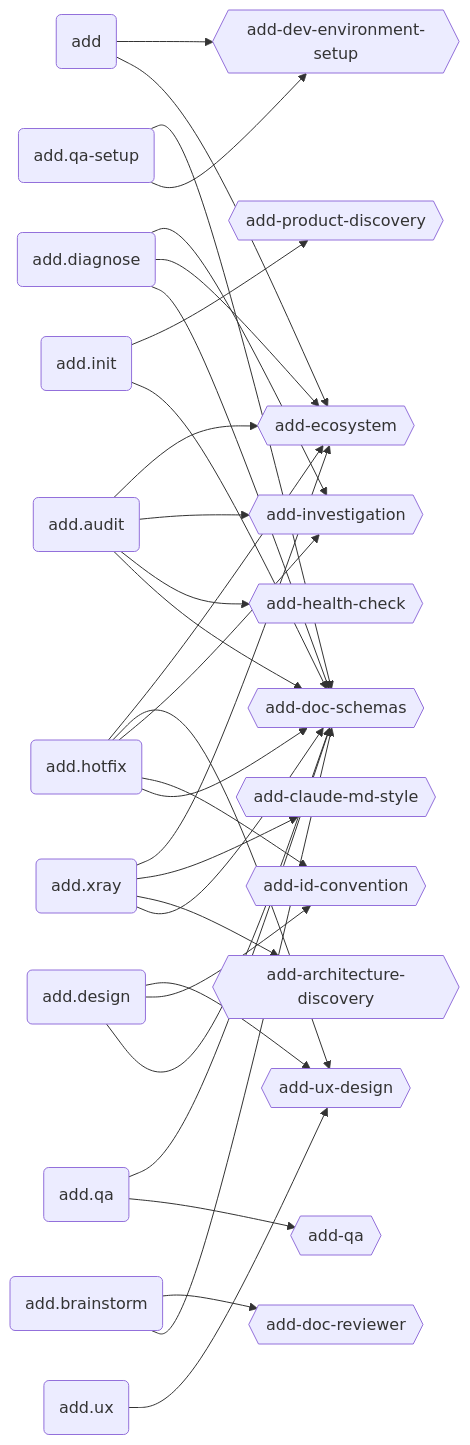
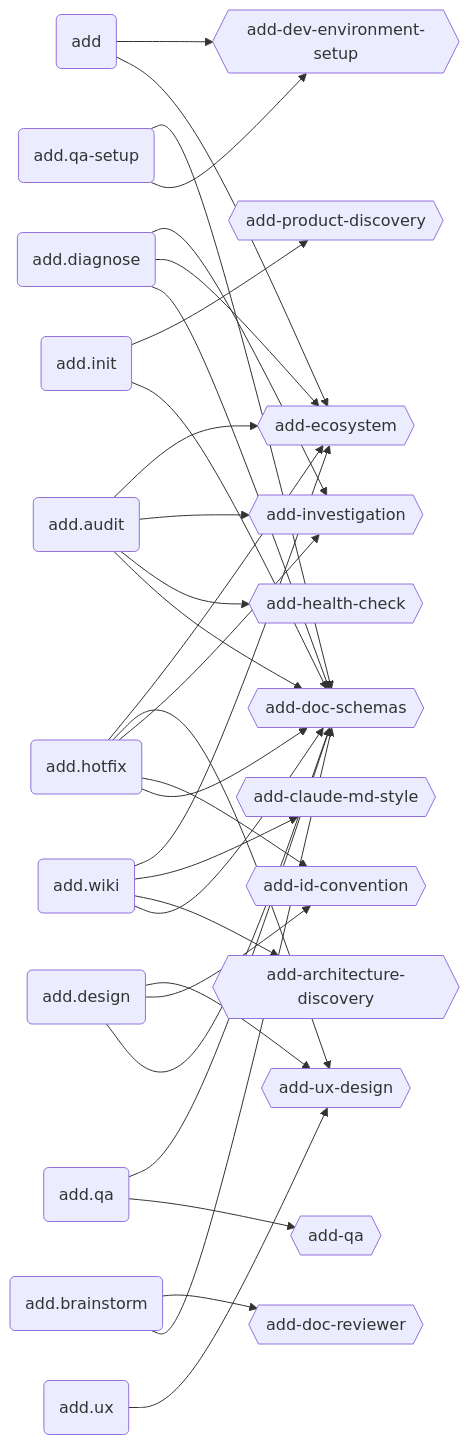
Before and after one commit to brabos-ai/code-addiction: the second of 4 diagrams in ecosystem.md, drawn with Mermaid. The commit also changed 37 other files, not shown here.

First line of the commit message:
refactor: rename add.xray to add.wiki, add knowledge-base discovery skills

````diff
--- a/ecosystem.md
+++ b/ecosystem.md
@@ -57,39 +57,39 @@
 ```mermaid
 graph LR
   ADD(add)
   INIT(add.init)
   DESIGN(add.design)
   DIAGNOSE(add.diagnose)
   HOTFIX(add.hotfix)
   AUDIT(add.audit)
-  XRAY(add.xray)
+  WIKI(add.wiki)
   BRAINSTORM(add.brainstorm)
   UX_CMD(add.ux)
   QASETUP(add.qa-setup)
   QA(add.qa)
 
   ECO{{add-ecosystem}}
   DS{{add-doc-schemas}}
   ID{{add-id-convention}}
   UX{{add-ux-design}}
   IV{{add-investigation}}
   PD{{add-product-discovery}}
   HC{{add-health-check}}
   AD{{add-architecture-discovery}}
   CMS{{add-claude-md-style}}
   DE{{add-dev-environment-setup}}
   DR{{add-doc-reviewer}}
   QSK{{add-qa}}
 
   ADD --> ECO & DE
   INIT --> DS & PD
   DESIGN --> DS & ID & UX
   DIAGNOSE --> DS & ECO & IV
   HOTFIX --> DS & ID & IV & UX & ECO
   AUDIT --> DS & HC & IV & ECO
-  XRAY --> DS & AD & CMS & ECO
+  WIKI --> DS & AD & CMS & ECO
   BRAINSTORM --> DS & DR
   UX_CMD --> UX
   QASETUP --> DE & DS
   QA --> QSK & DS
 ```
````
